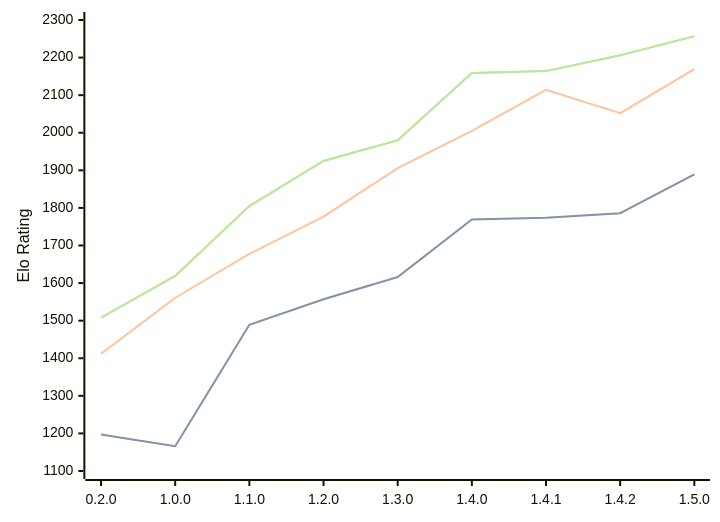
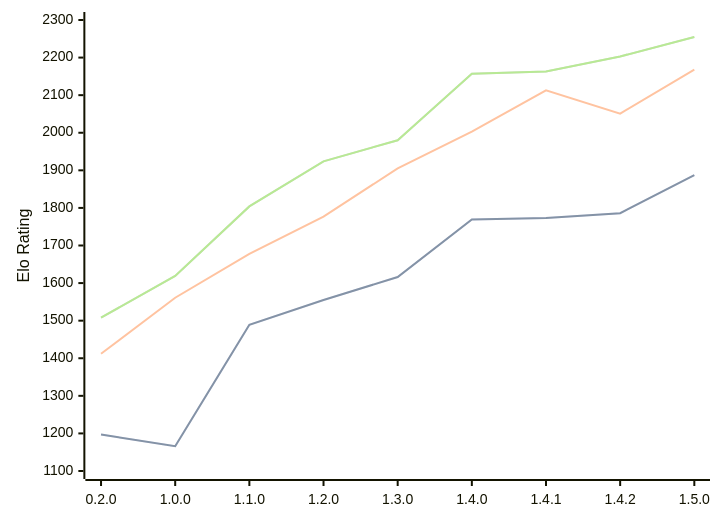
Before and after one commit to computer-chess-index/cci: the diagram in engines/Zeppelin.md, drawn with Mermaid. The commit also changed other lines of this file, not shown here.

Commit message:
Update CCI Ratings (ELO VLTC) - 2026-08-12

````diff
--- a/engines/Zeppelin.md
+++ b/engines/Zeppelin.md
@@ -39,11 +39,11 @@
 ```mermaid
 %%{init: {"theme":"base","themeVariables":{"seriesColors:['#a3a3a3','#222221','#faa371']}}}%%
 xychart-beta
   x-axis ["0.2.0", "1.0.0", "1.1.0", "1.2.0", "1.3.0", "1.4.0", "1.4.1", "1.4.2", "1.5.0"]
   y-axis "Elo Rating" 1100 --> 2300
-  line "STC (8.0+0.08s)" [1197, 1166, 1489, 1557, 1616, 1769, 1774, 1786, 1889]
-  line "STC (8.0+0.08s)" [1197, 1166, 1489, 1557, 1616, 1769, 1774, 1786, 1889]
-  line "LTC (60.0+0.60s)" [1412, 1561, 1678, 1777, 1906, 2005, 2114, 2052, 2169]
-  line "VLTC (2m24s+1.12s)" [1508, 1619, 1805, 1925, 1980, 2159, 2164, 2206, 2257]
-  line "VLTC (2m24s+1.12s)" [1508, 1619, 1805, 1925, 1980, 2159, 2164, 2206, 2257]
+  line "STC (8.0+0.08s)" [1197, 1166, 1489, 1555, 1616, 1769, 1773, 1786, 1887]
+  line "STC (8.0+0.08s)" [1197, 1166, 1489, 1555, 1616, 1769, 1773, 1786, 1887]
+  line "LTC (60.0+0.60s)" [1412, 1561, 1678, 1777, 1905, 2003, 2113, 2051, 2168]
+  line "VLTC (2m24s+1.12s)" [1508, 1619, 1804, 1924, 1980, 2157, 2163, 2203, 2255]
+  line "VLTC (2m24s+1.12s)" [1508, 1619, 1804, 1924, 1980, 2157, 2163, 2203, 2255]
 ```
````
